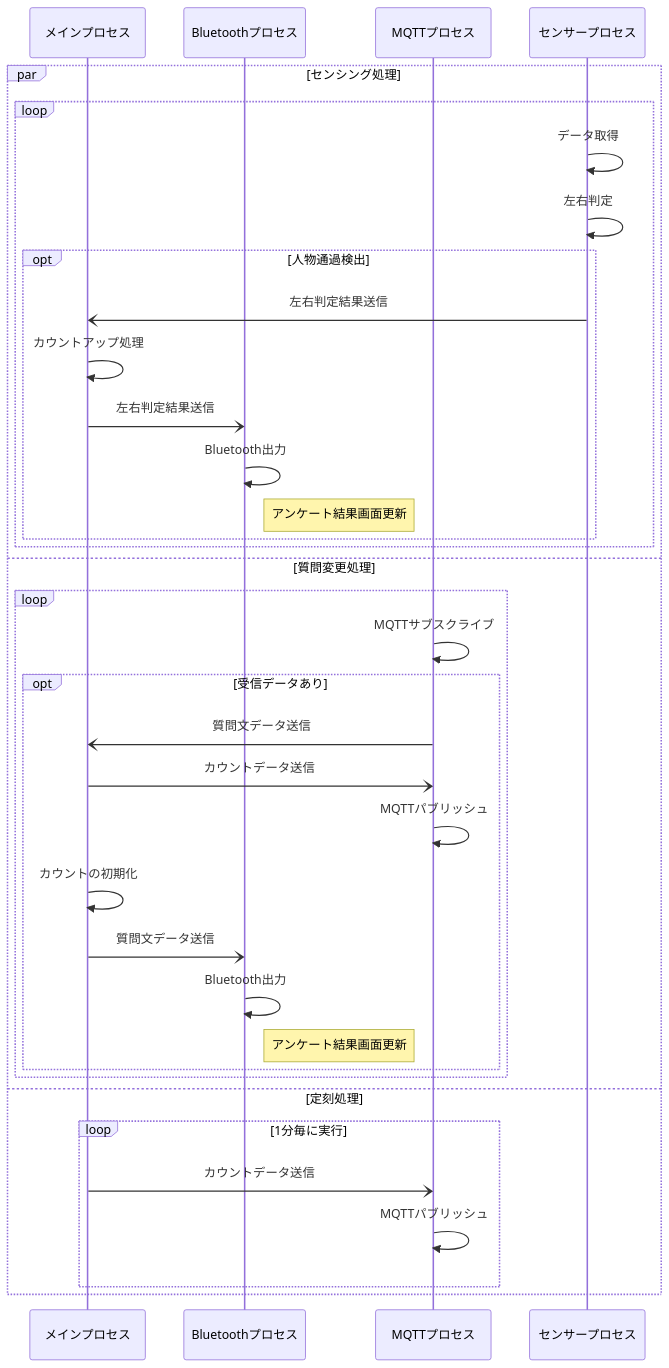
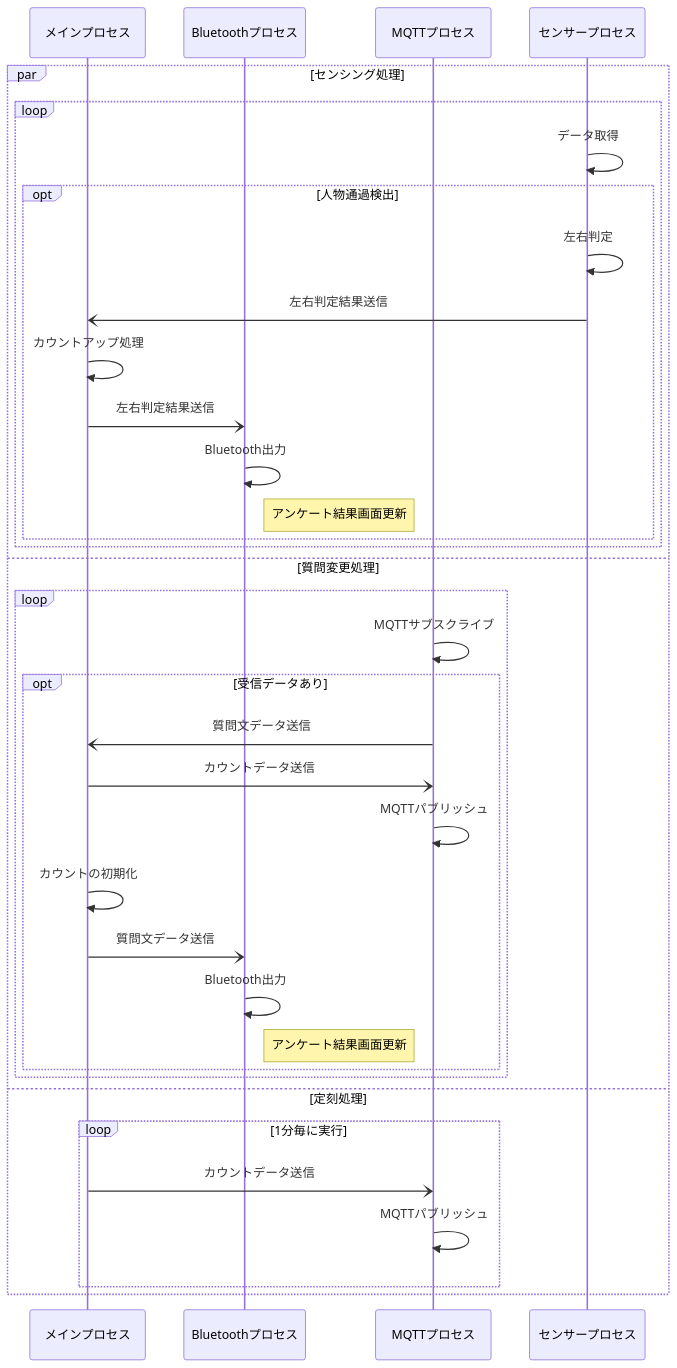
The diagram in docs/spresense.md (Hhelibebcnofne/escalator-enquete), drawn with Mermaid before and after one commit.

Commit message:
feat: Update spresense.md to reorder左右判定 in the sequence diagram for clarity

````diff
--- a/docs/spresense.md
+++ b/docs/spresense.md
@@ -3,41 +3,41 @@
 ```mermaid
 sequenceDiagram
     participant Main as メインプロセス
     participant Bt as Bluetoothプロセス
     participant Mqtt as MQTTプロセス
     participant Sensor as センサープロセス
 
     par センシング処理
         loop
             Sensor ->> Sensor: データ取得
-            Sensor ->> Sensor: 左右判定
             opt 人物通過検出
+                Sensor ->> Sensor: 左右判定
                 Sensor -) Main: 左右判定結果送信
                 Main ->> Main: カウントアップ処理
                 Main -) Bt: 左右判定結果送信
                 Bt ->> Bt: Bluetooth出力
                 Note right of Bt:アンケート結果画面更新
             end
         end
 
     and 質問変更処理
         loop
             Mqtt ->> Mqtt: MQTTサブスクライブ
             opt 受信データあり
                 Mqtt -) Main: 質問文データ送信
                 Main -) Mqtt: カウントデータ送信
                 Mqtt ->> Mqtt: MQTTパブリッシュ
                 Main ->> Main: カウントの初期化
                 Main -) Bt: 質問文データ送信
                 Bt ->> Bt: Bluetooth出力
                 Note right of Bt:アンケート結果画面更新
             end
         end
     and  定刻処理
         loop 1分毎に実行
             Main -) Mqtt: カウントデータ送信
             Mqtt ->> Mqtt: MQTTパブリッシュ
         end
 
     end
 ```
````
